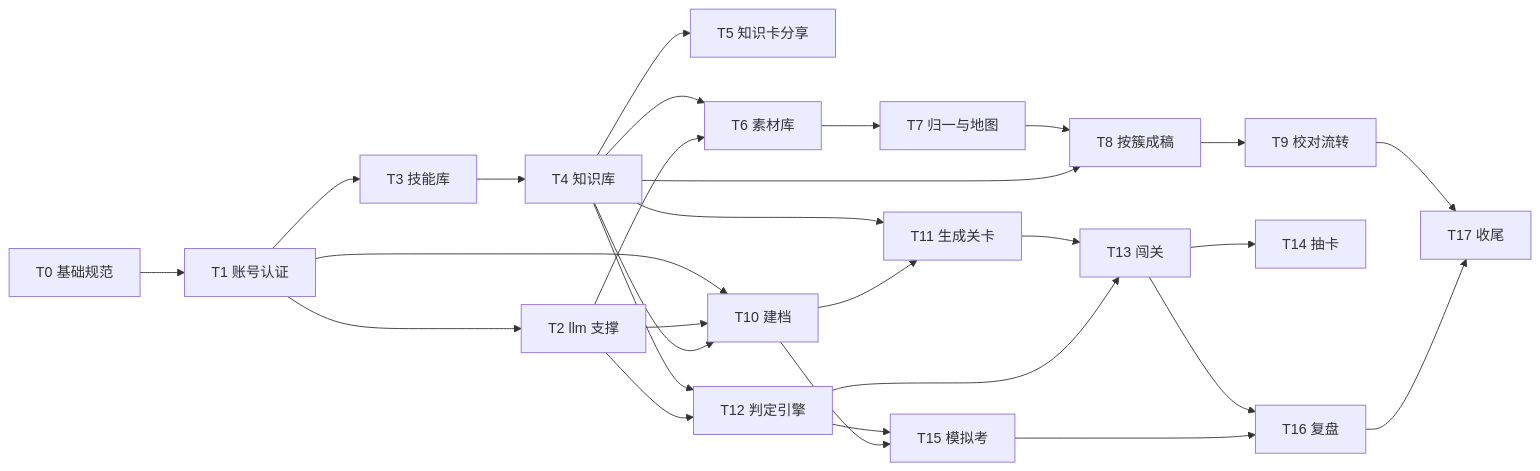
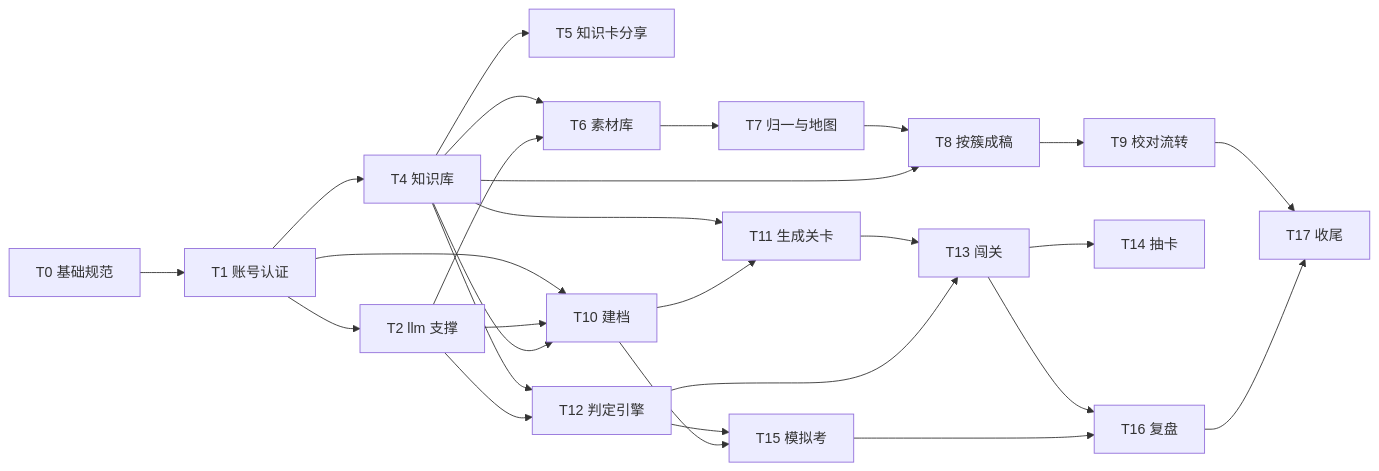
The diagram in docs/开发计划.md (liuxi1211/zhiji), drawn with Mermaid before and after one commit. The commit also changed other lines of this file and 58 other files, not shown here.

Commit message:
新增C端原型图 新增文档解析与素材库功能

````diff
--- a/docs/开发计划.md
+++ b/docs/开发计划.md
@@ -42,30 +42,29 @@
 ```mermaid
 flowchart LR
     T0[T0 基础规范] --> T1[T1 账号认证]
     T1 --> T2[T2 llm 支撑]
-    T1 --> T3[T3 技能库]
-    T3 --> T4[T4 知识库]
+    T1 --> T4[T4 知识库]
     T4 --> T5[T5 知识卡分享]
     T4 --> T6[T6 素材库]
     T2 --> T6
     T6 --> T7[T7 归一与地图]
     T7 --> T8[T8 按簇成稿]
     T4 --> T8
     T8 --> T9[T9 校对流转]
     T1 --> T10[T10 建档]
     T2 --> T10
     T4 --> T10
     T4 --> T11[T11 生成关卡]
     T10 --> T11
     T4 --> T12[T12 判定引擎]
     T2 --> T12
     T11 --> T13[T13 闯关]
     T12 --> T13
     T13 --> T14[T14 抽卡]
     T12 --> T15[T15 模拟考]
     T10 --> T15
     T13 --> T16[T16 复盘]
     T15 --> T16
     T9 --> T17[T17 收尾]
     T16 --> T17
 ```
````
